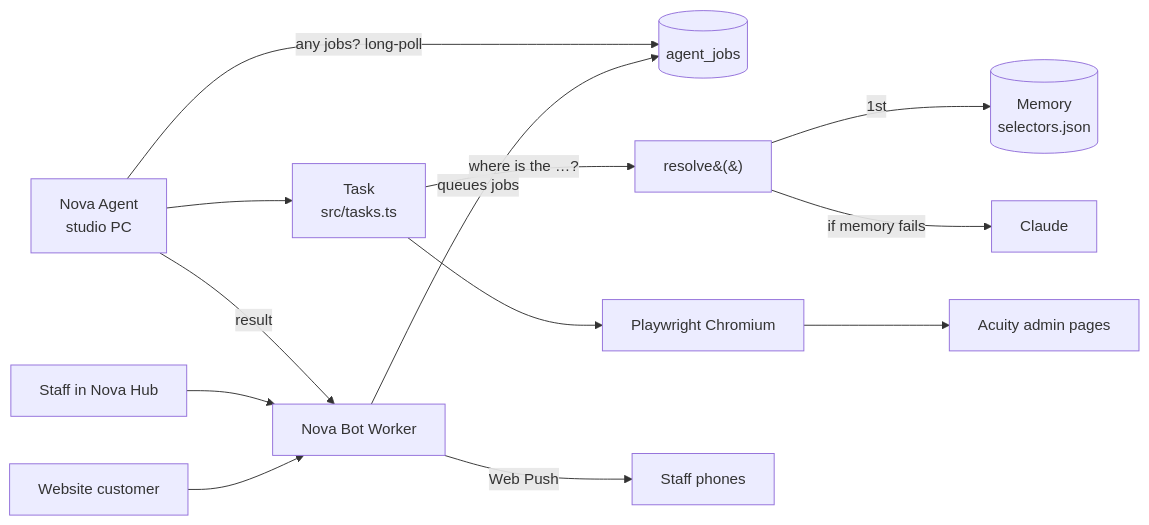
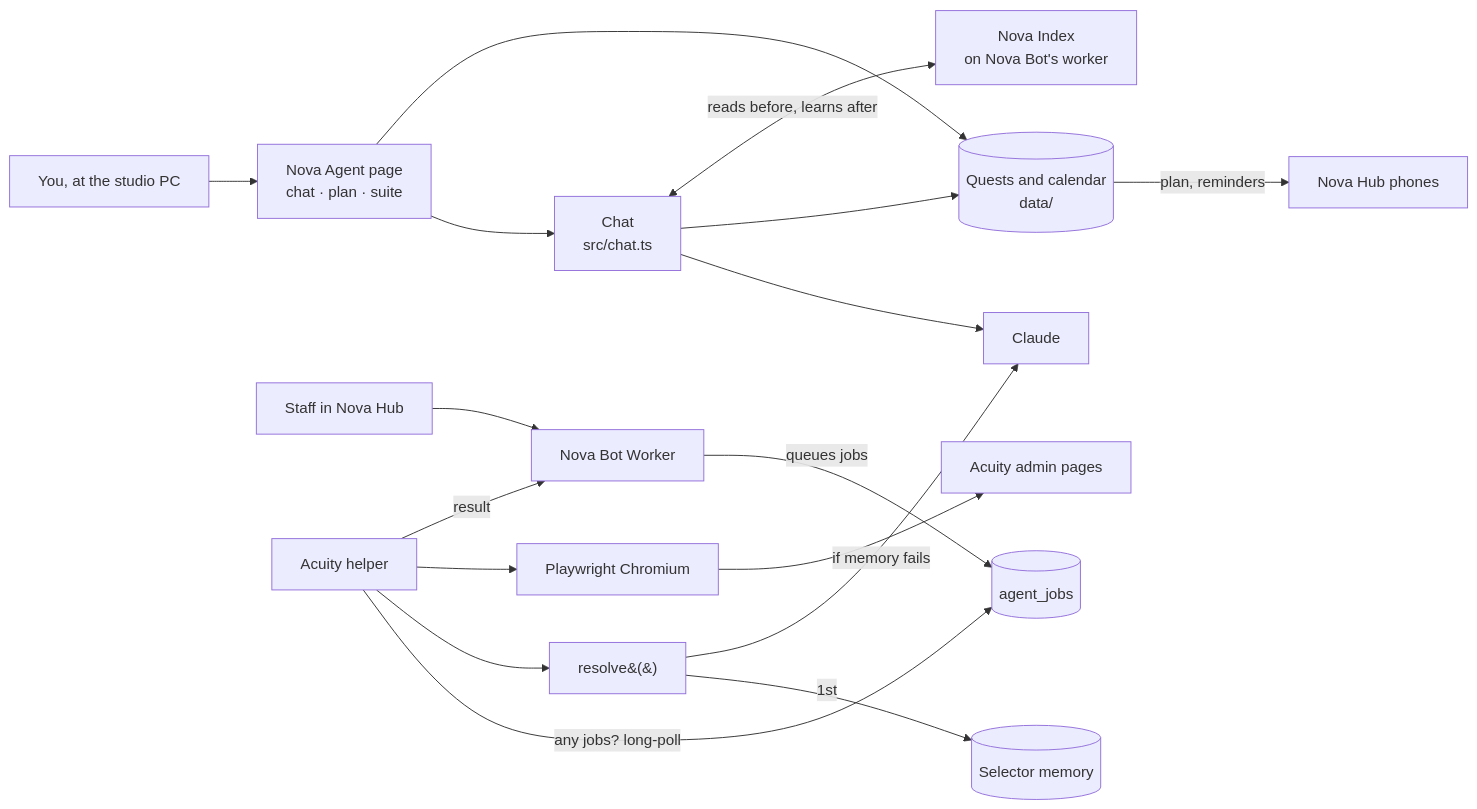
Before and after one commit to tuniveza/nova-agent: the diagram in README.md, drawn with Mermaid. The commit also changed other lines of this file and 11 other files, not shown here.

First line of the commit message:
README: Nova Agent as it is now, with new screenshots and walkthroughs

````diff
--- a/README.md
+++ b/README.md
@@ -112,15 +252,16 @@
 ```mermaid
 flowchart LR
-    C[Website customer] --> NB
-    S[Staff in Nova Hub] --> NB
-    NB[Nova Bot Worker] -->|queues jobs| Q[(agent_jobs)]
-    NA[Nova Agent<br/>studio PC] -->|"any jobs?" long-poll| Q
-    NA --> T[Task<br/>src/tasks.ts]
-    T -->|"where is the …?"| R[resolve&#40;&#41;]
-    R -->|1st| M[(Memory<br/>selectors.json)]
-    R -->|if memory fails| AI[Claude]
-    T --> B[Playwright Chromium]
-    B --> A[Acuity admin pages]
+    You[You, at the studio PC] --> UI[Nova Agent page<br/>chat · plan · suite]
+    UI --> Chat[Chat<br/>src/chat.ts] --> Claude[Claude]
+    Chat --> Q[(Quests and calendar<br/>data/)]
+    UI --> Q
+    Chat <-->|reads before, learns after| NI[Nova Index<br/>on Nova Bot's worker]
+    Q -->|plan, reminders| Hub[Nova Hub phones]
+    S[Staff in Nova Hub] --> NB[Nova Bot Worker]
+    NB -->|queues jobs| J[(agent_jobs)]
+    NA[Acuity helper] -->|"any jobs?" long-poll| J
+    NA --> R[resolve&#40;&#41;] -->|1st| M[(Selector memory)]
+    R -->|if memory fails| Claude
+    NA --> B[Playwright Chromium] --> A[Acuity admin pages]
     NA -->|result| NB
-    NB -->|Web Push| P[Staff phones]
 ```
````
